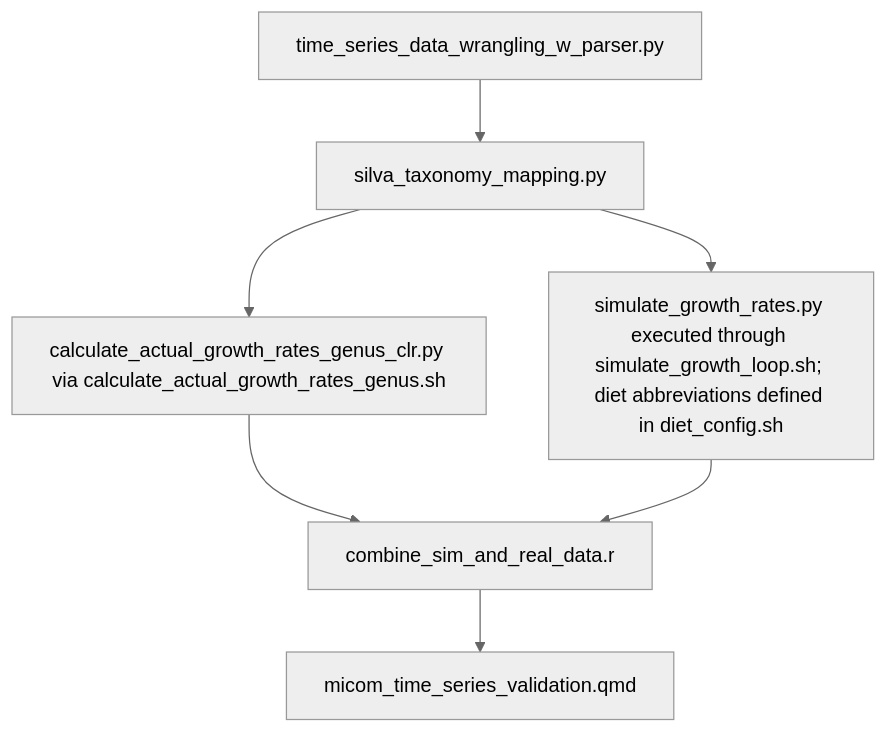
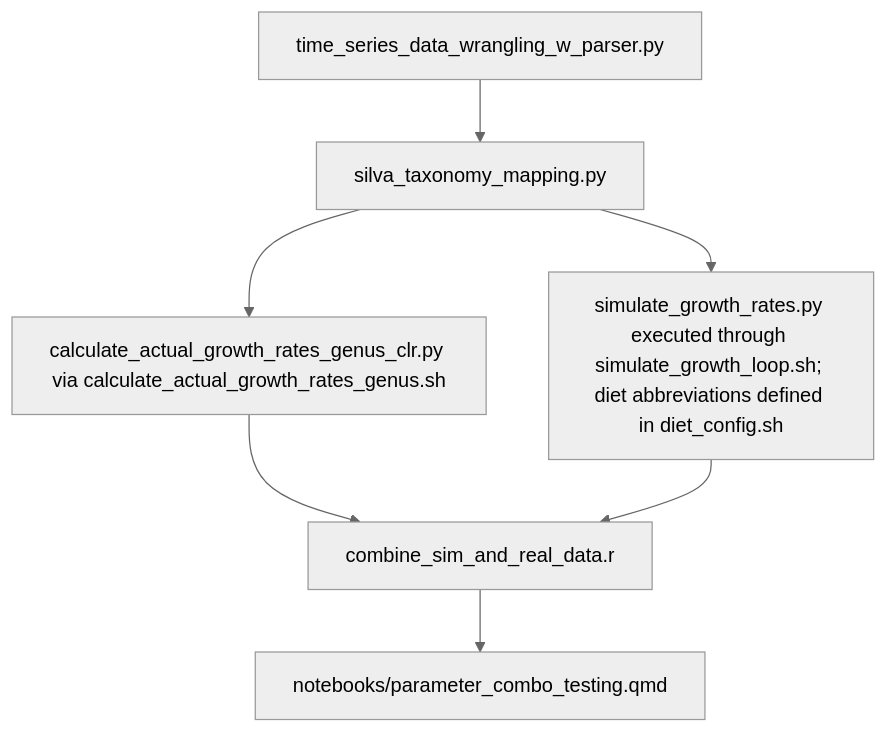
Before and after one commit to lozuponelab/micom-time-series: the diagram in README.md, drawn with Mermaid (neutral theme).

Commit message:
Update file reference in README.md

````diff
--- a/README.md
+++ b/README.md
@@ -264,16 +264,16 @@
 ```mermaid
 flowchart TD
     A --> B
     B --> C
     B --> D
     C --> E
     D --> E
     E --> F
 
     A[time_series_data_wrangling_w_parser.py]
     B[silva_taxonomy_mapping.py]
     C[calculate_actual_growth_rates_genus_clr.py via calculate_actual_growth_rates_genus.sh]
     D[simulate_growth_rates.py executed through simulate_growth_loop.sh; diet abbreviations defined in diet_config.sh]
     E[combine_sim_and_real_data.r]
-    F[micom_time_series_validation.qmd]
+    F[notebooks/parameter_combo_testing.qmd]
 ```
````
